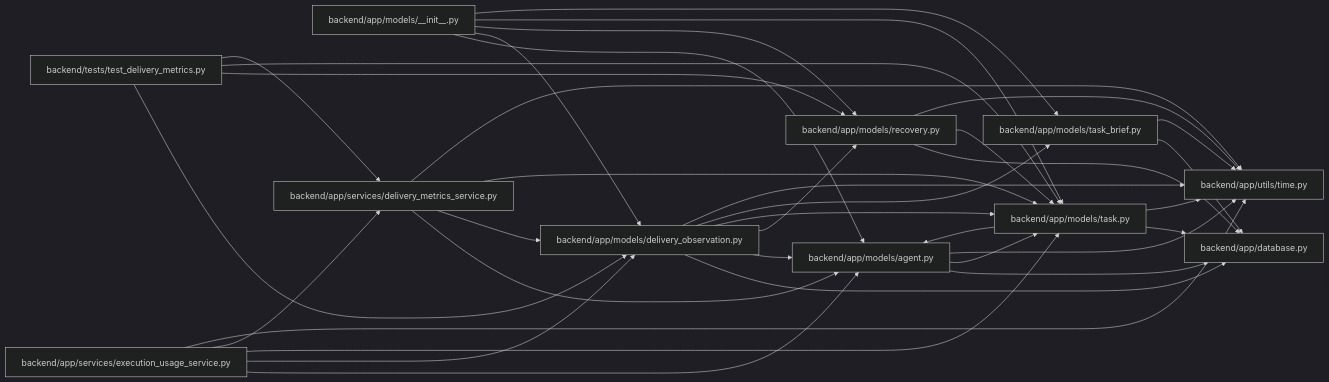
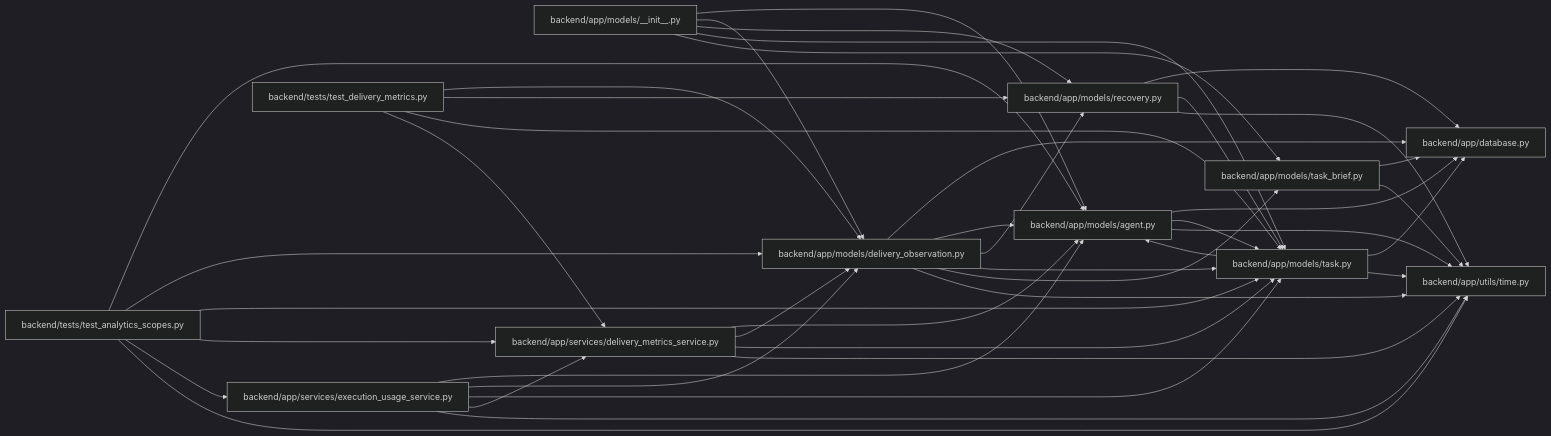
The diagram in docs/llm_wiki/modules/delivery_observation.md (Denissvgn/WorkChord), drawn with Mermaid (dark theme) before and after one commit. The commit also changed other lines of this file and 2373 other files, not shown here.

````diff
--- a/docs/llm_wiki/modules/delivery_observation.md
+++ b/docs/llm_wiki/modules/delivery_observation.md
@@ -31,60 +31,68 @@
 ```mermaid
 flowchart LR
     n0["backend/app/database.py"]
     n1["backend/app/models/__init__.py"]
     n2["backend/app/models/agent.py"]
     n3["backend/app/models/delivery_observation.py"]
     n4["backend/app/models/recovery.py"]
     n5["backend/app/models/task.py"]
     n6["backend/app/models/task_brief.py"]
     n7["backend/app/services/delivery_metrics_service.py"]
     n8["backend/app/services/execution_usage_service.py"]
     n9["backend/app/utils/time.py"]
-    n10["backend/tests/test_delivery_metrics.py"]
+    n10["backend/tests/test_analytics_scopes.py"]
+    n11["backend/tests/test_delivery_metrics.py"]
     n1 --> n2
     n1 --> n3
     n1 --> n4
     n1 --> n5
     n1 --> n6
     n2 --> n0
     n2 --> n5
     n2 --> n9
     n3 --> n0
     n3 --> n2
     n3 --> n4
     n3 --> n5
     n3 --> n6
     n3 --> n9
     n4 --> n0
     n4 --> n5
     n4 --> n9
     n5 --> n0
     n5 --> n2
     n5 --> n9
     n6 --> n0
     n6 --> n9
     n7 --> n2
     n7 --> n3
     n7 --> n5
     n7 --> n9
     n8 --> n2
     n8 --> n3
     n8 --> n5
     n8 --> n7
     n8 --> n9
+    n10 --> n2
     n10 --> n3
-    n10 --> n4
     n10 --> n5
     n10 --> n7
+    n10 --> n8
+    n10 --> n9
+    n11 --> n3
+    n11 --> n4
+    n11 --> n5
+    n11 --> n7
     click n0 "../modules/app_database.md"
     click n1 "../modules/models___init__.md"
     click n2 "../modules/models_agent.md"
     click n3 "../modules/delivery_observation.md"
     click n4 "../modules/recovery.md"
     click n5 "../modules/models_task.md"
     click n6 "../modules/models_task_brief.md"
     click n7 "../modules/delivery_metrics_service.md"
     click n8 "../modules/execution_usage_service.md"
     click n9 "../modules/time.md"
-    click n10 "../modules/test_delivery_metrics.md"
+    click n10 "../modules/test_analytics_scopes.md"
+    click n11 "../modules/test_delivery_metrics.md"
 ```
````
